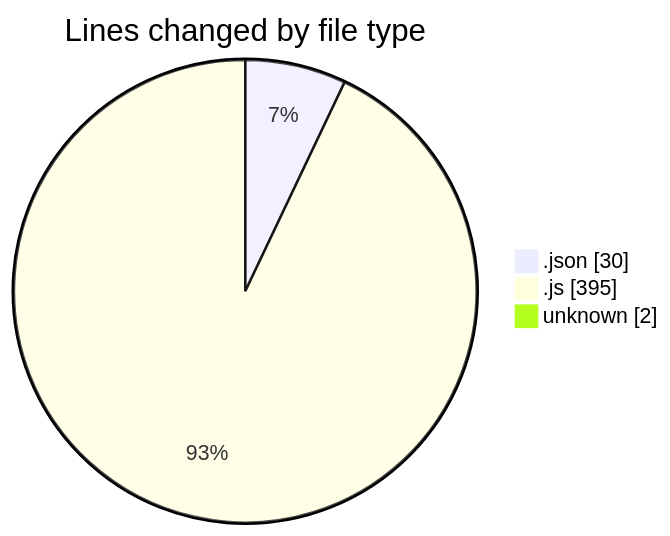
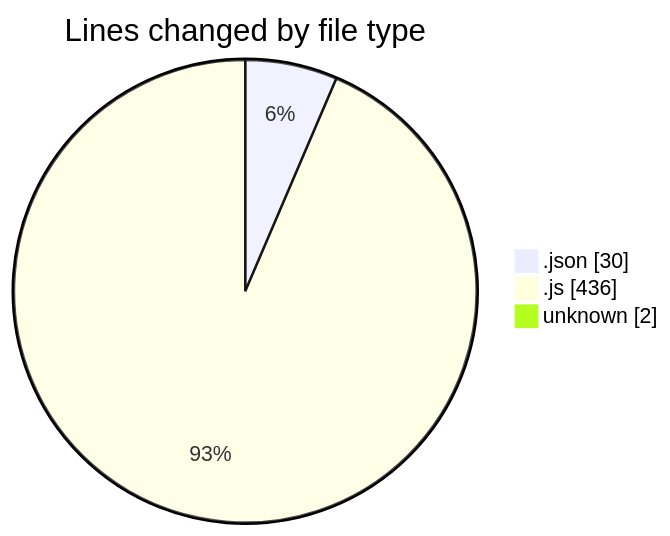
One commit to Ritupan-Deka/code-tracking changed the first of 2 diagrams in 2025-07-16/mern-workoutboard/README.md. Above: the diagram before and after it, drawn with Mermaid. The commit also changed other lines of this file and 1 other file, not shown here.

````diff
--- a/2025-07-16/mern-workoutboard/README.md
+++ b/2025-07-16/mern-workoutboard/README.md
@@ -24,7 +24,7 @@
 ```mermaid
 pie showData
 title Lines changed by file type
 ".json" : 30
-".js" : 395
+".js" : 436
 "unknown" : 2
 ```
````
